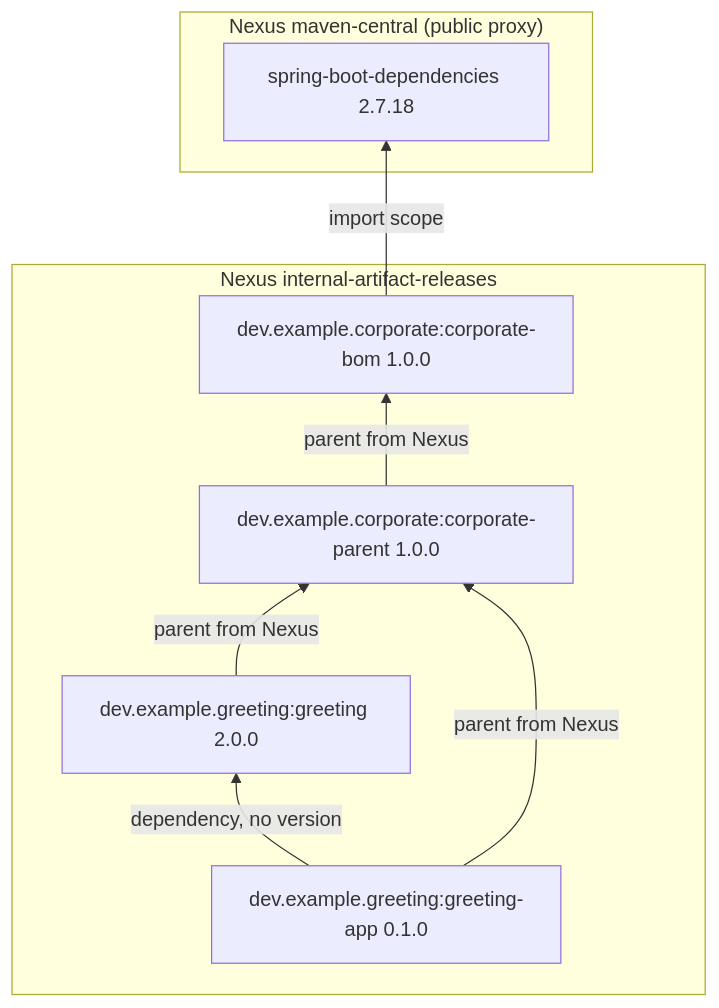
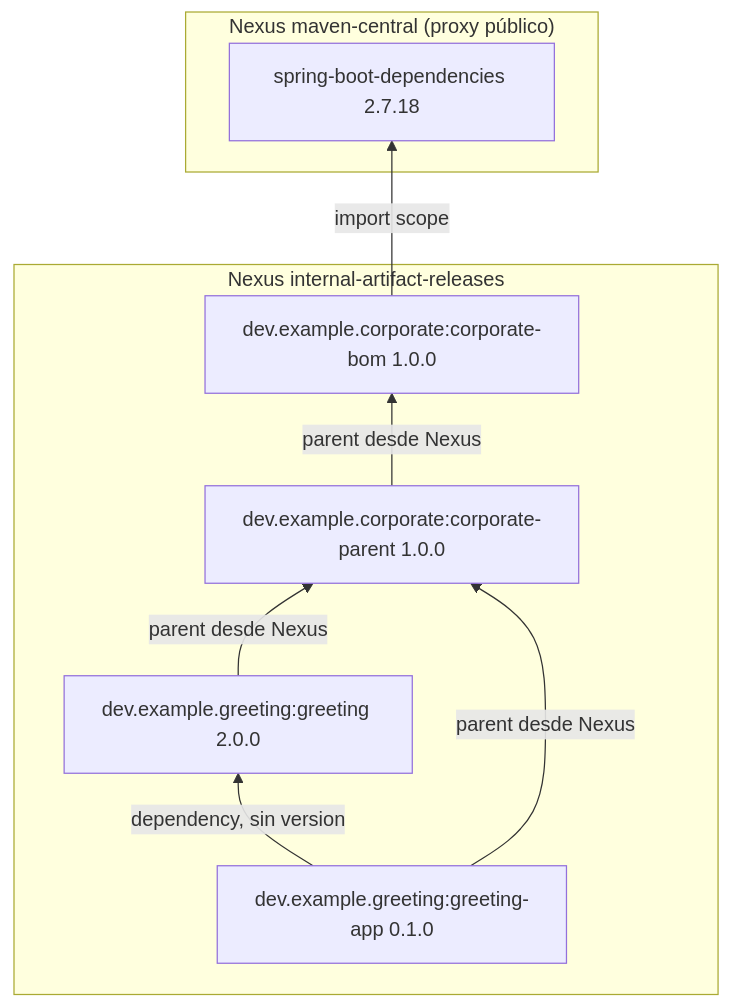
One commit to IAAA-Lab/maven-corporate-pom changed the first of 4 diagrams in README.md. Above: the diagram before and after it, drawn with Mermaid. The commit also changed other lines of this file and 10 other files, not shown here.

First line of the commit message:
feat(nexus): split internal and public groups

````diff
--- a/README.md
+++ b/README.md
@@ -113,18 +94,18 @@
 ```mermaid
 flowchart BT
-    subgraph external["Nexus maven-central (public proxy)"]
+    subgraph external["Nexus maven-central (proxy público)"]
         bootBom["spring-boot-dependencies 2.7.18"]
     end
     subgraph internal["Nexus internal-artifact-releases"]
         bom["dev.example.corporate:corporate-bom 1.0.0"]
         parent["dev.example.corporate:corporate-parent 1.0.0"]
         library["dev.example.greeting:greeting 2.0.0"]
         app["dev.example.greeting:greeting-app 0.1.0"]
     end
 
     bom -->|"import scope"| bootBom
-    parent -->|"parent from Nexus"| bom
-    library -->|"parent from Nexus"| parent
-    app -->|"parent from Nexus"| parent
-    app -->|"dependency, no version"| library
+    parent -->|"parent desde Nexus"| bom
+    library -->|"parent desde Nexus"| parent
+    app -->|"parent desde Nexus"| parent
+    app -->|"dependency, sin version"| library
 ```
````
